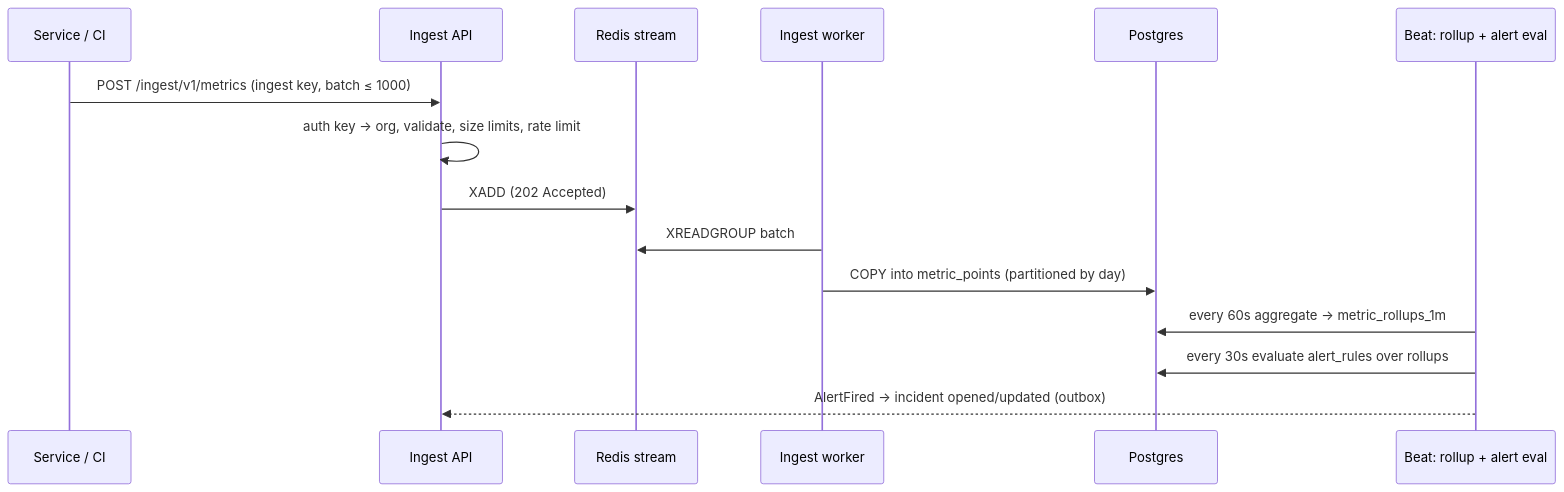
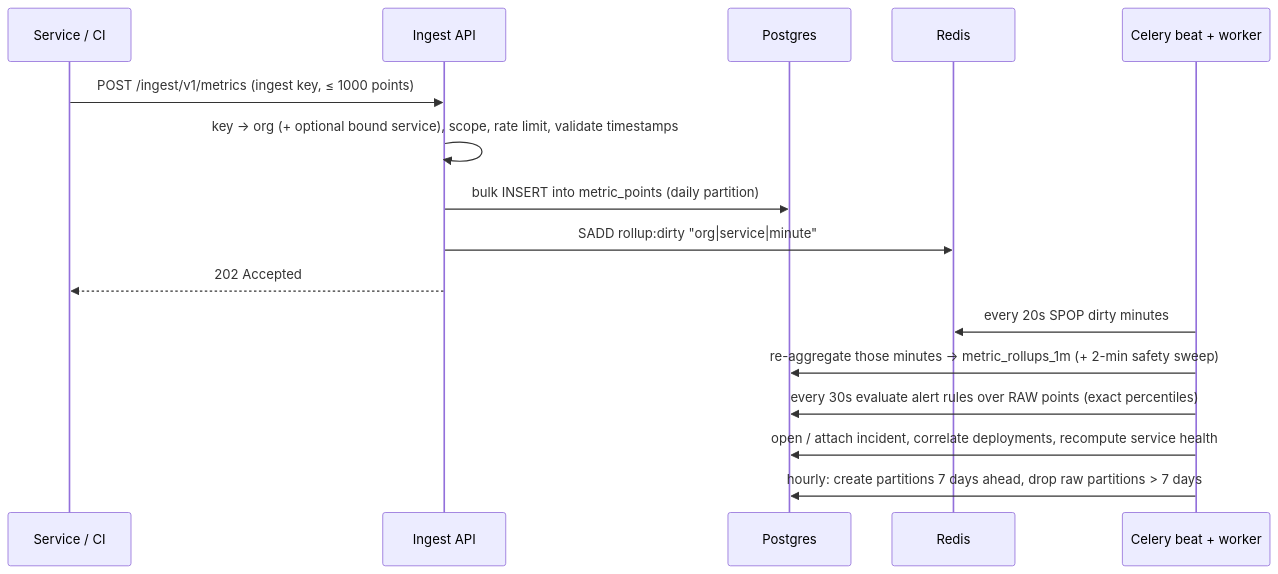
One commit to TonyVoo/devpulse changed the third of 4 diagrams in docs/ARCHITECTURE.md. Above: the diagram before and after it, drawn with Mermaid. The commit also changed other lines of this file and 94 other files, not shown here.

````diff
--- a/docs/ARCHITECTURE.md
+++ b/docs/ARCHITECTURE.md
@@ -153,17 +153,18 @@
 ```mermaid
 sequenceDiagram
   participant Src as Service / CI
   participant API as Ingest API
-  participant R as Redis stream
-  participant W as Ingest worker
   participant PG as Postgres
-  participant B as Beat: rollup + alert eval
-  Src->>API: POST /ingest/v1/metrics (ingest key, batch ≤ 1000)
-  API->>API: auth key → org, validate, size limits, rate limit
-  API->>R: XADD (202 Accepted)
-  W->>R: XREADGROUP batch
-  W->>PG: COPY into metric_points (partitioned by day)
-  B->>PG: every 60s aggregate → metric_rollups_1m
-  B->>PG: every 30s evaluate alert_rules over rollups
-  B-->>API: AlertFired → incident opened/updated (outbox)
+  participant R as Redis
+  participant B as Celery beat + worker
+  Src->>API: POST /ingest/v1/metrics (ingest key, ≤ 1000 points)
+  API->>API: key → org (+ optional bound service), scope, rate limit, validate timestamps
+  API->>PG: bulk INSERT into metric_points (daily partition)
+  API->>R: SADD rollup:dirty "org|service|minute"
+  API-->>Src: 202 Accepted
+  B->>R: every 20s SPOP dirty minutes
+  B->>PG: re-aggregate those minutes → metric_rollups_1m (+ 2-min safety sweep)
+  B->>PG: every 30s evaluate alert rules over RAW points (exact percentiles)
+  B->>PG: open / attach incident, correlate deployments, recompute service health
+  B->>PG: hourly: create partitions 7 days ahead, drop raw partitions > 7 days
 ```
````
